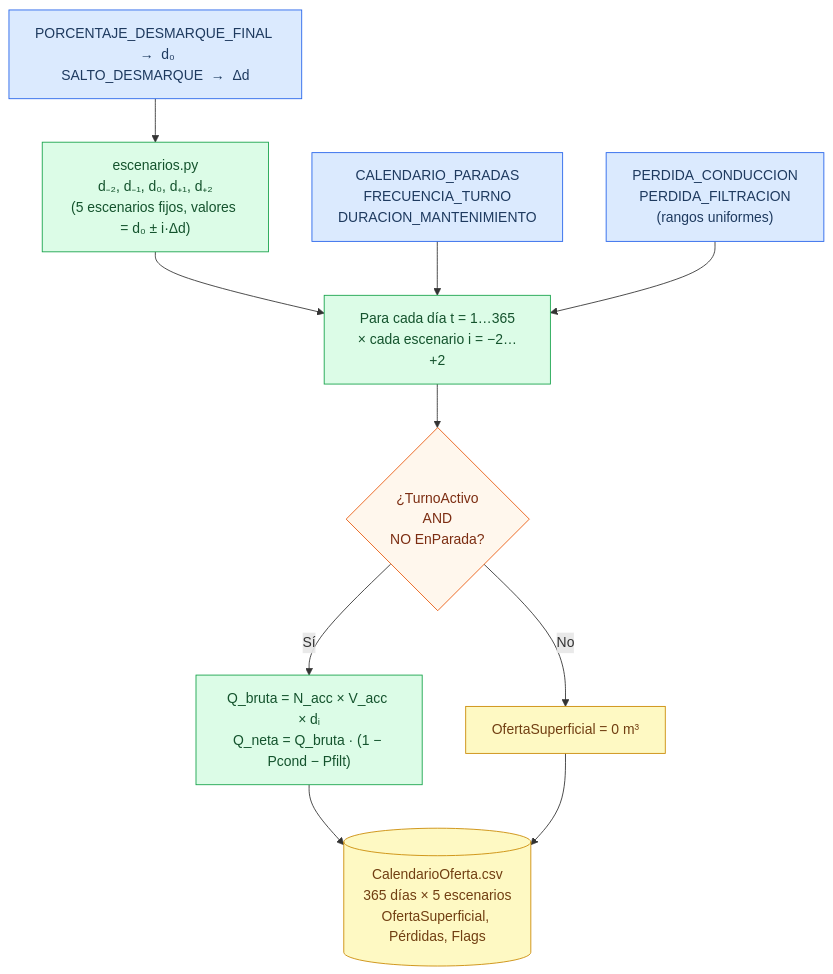
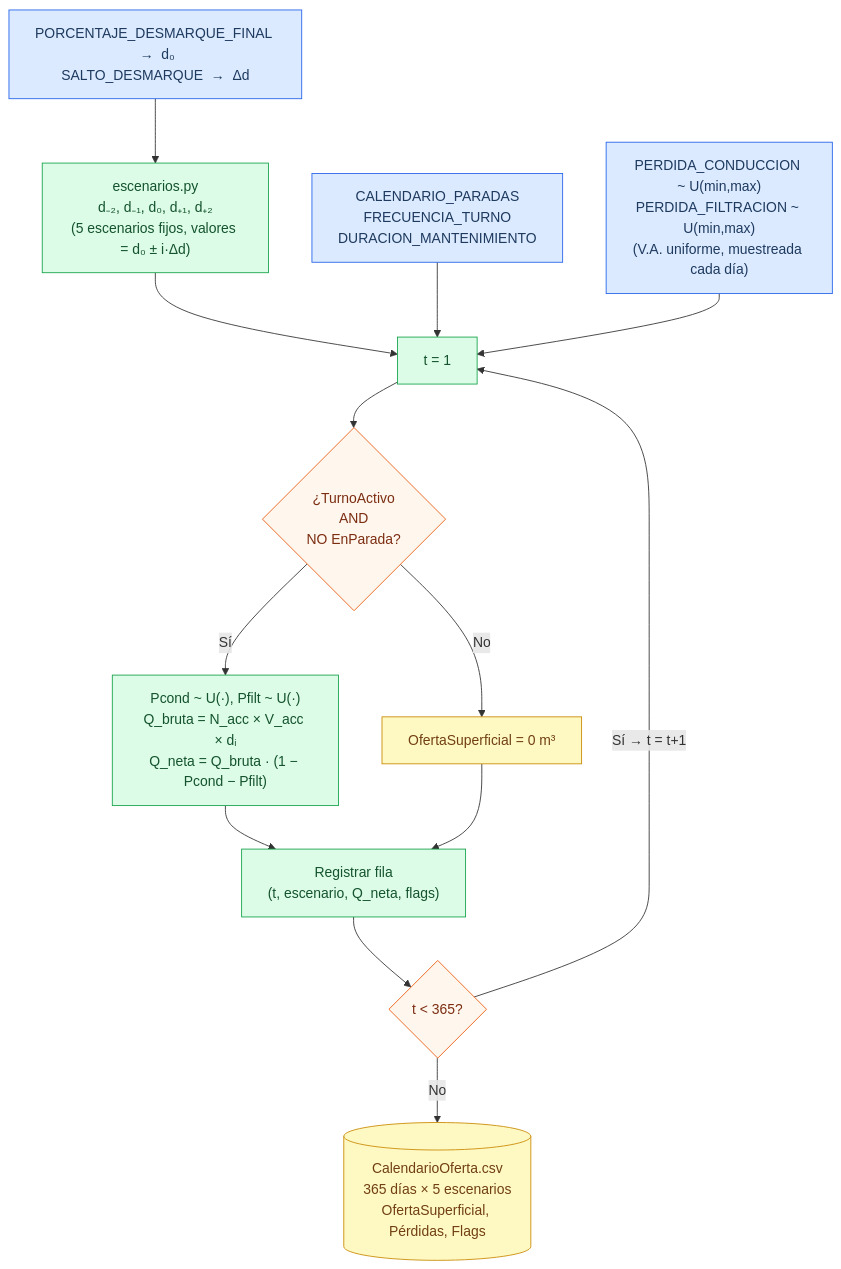
One commit to toniesky/Simulaci-n-multiparadigma-cultivo changed the second of 4 diagrams in README.md. Above: the diagram before and after it, drawn with Mermaid.

Commit message:
docs: diagrama SD con VA uniforme y retroalimentacion por dia

````diff
--- a/README.md
+++ b/README.md
@@ -73,25 +73,30 @@
 ```mermaid
 flowchart TD
     classDef param fill:#dbeafe,stroke:#2563eb,color:#1e3a5f
     classDef proc  fill:#dcfce7,stroke:#16a34a,color:#14532d
     classDef out   fill:#fef9c3,stroke:#ca8a04,color:#713f12
     classDef dec   fill:#fff7ed,stroke:#ea580c,color:#7c2d12
+    classDef fb    fill:#f5f3ff,stroke:#7c3aed,color:#3b0764
 
     D0["PORCENTAJE_DESMARQUE_FINAL  →  d₀\nSALTO_DESMARQUE  →  Δd"]:::param
-    PL["PERDIDA_CONDUCCION\nPERDIDA_FILTRACION\n(rangos uniformes)"]:::param
+    PL["PERDIDA_CONDUCCION ~ U(min,max)\nPERDIDA_FILTRACION ~ U(min,max)\n(V.A. uniforme, muestreada cada día)"]:::param
     CA["CALENDARIO_PARADAS\nFRECUENCIA_TURNO\nDURACION_MANTENIMIENTO"]:::param
 
     D0 --> ESC["escenarios.py\nd₋₂, d₋₁, d₀, d₊₁, d₊₂\n(5 escenarios fijos, valores = d₀ ± i·Δd)"]:::proc
 
-    ESC --> LOOP["Para cada día t = 1…365\n× cada escenario i = −2…+2"]:::proc
+    ESC --> LOOP["t = 1"]:::proc
     CA  --> LOOP
     PL  --> LOOP
 
     LOOP --> T{"¿TurnoActivo\nAND\nNO EnParada?"}:::dec
     T -->|"No"| Z["OfertaSuperficial = 0 m³"]:::out
-    T -->|"Sí"| Q["Q_bruta = N_acc × V_acc × dᵢ\nQ_neta = Q_bruta · (1 − Pcond − Pfilt)"]:::proc
-    Q  --> CO
-    Z  --> CO
+    T -->|"Sí"| Q["Pcond ~ U(·), Pfilt ~ U(·)\nQ_bruta = N_acc × V_acc × dᵢ\nQ_neta = Q_bruta · (1 − Pcond − Pfilt)"]:::proc
+    Q  --> REC["Registrar fila\n(t, escenario, Q_neta, flags)"]:::proc
+    Z  --> REC
+
+    REC --> NEXT{"t < 365?"}:::dec
+    NEXT -->|"Sí  →  t = t+1"| LOOP
+    NEXT -->|"No"| CO
 
     CO[("CalendarioOferta.csv\n365 días × 5 escenarios\nOfertaSuperficial, Pérdidas, Flags")]:::out
 ```
````
